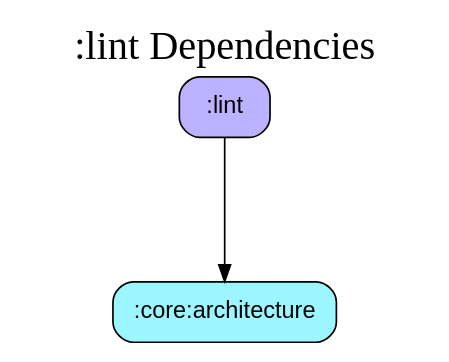
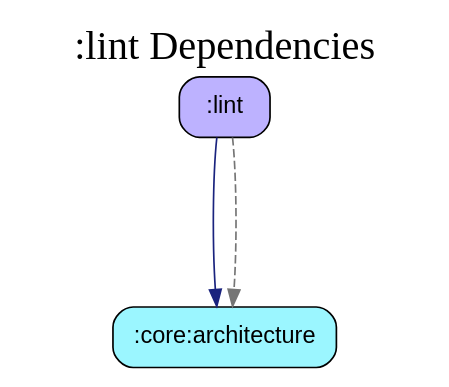
One commit to harrykibet/RealEstateApp-Android changed the diagram in lint/module_graph.gv. Above: the diagram before and after it, drawn with Graphviz. The commit also changed 91 other files, not shown here.

```diff
--- a/lint/module_graph.gv
+++ b/lint/module_graph.gv
@@ -1,7 +1,8 @@
 digraph {
-  graph [label=":lint Dependencies", labelloc=t, fontsize=24, ranksep=1.2];
+  graph [label=":lint Dependencies", labelloc=t, fontsize=24, ranksep=1.4];
   node [style=filled, fillcolor="#bbdefb", fontname="sans-serif", shape=box, style="rounded,filled"];
   ":lint" [fillcolor="#BDB2FF"];
   ":core:architecture" [fillcolor="#9BF6FF"];
-  ":lint" -> ":core:architecture"
+  ":lint" -> ":core:architecture" [color="#1A237E", style=solid]
+  ":lint" -> ":core:architecture" [color="#757575", style=dashed]
 }
```
